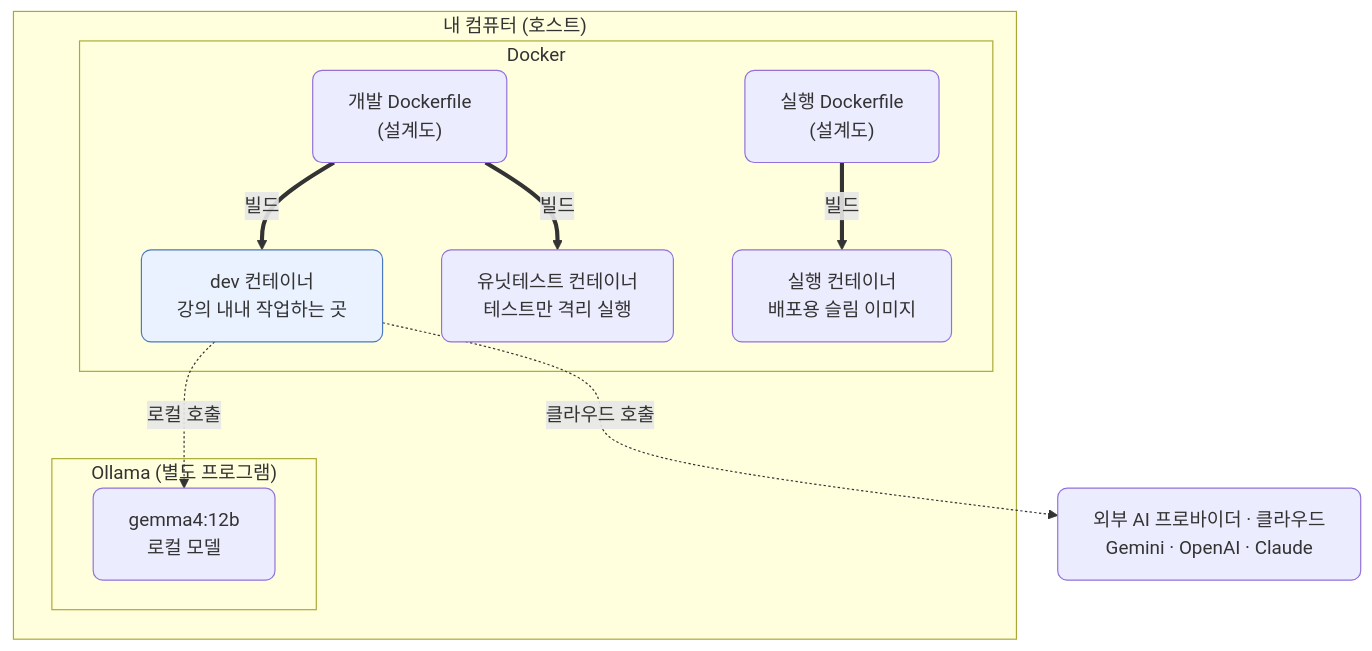
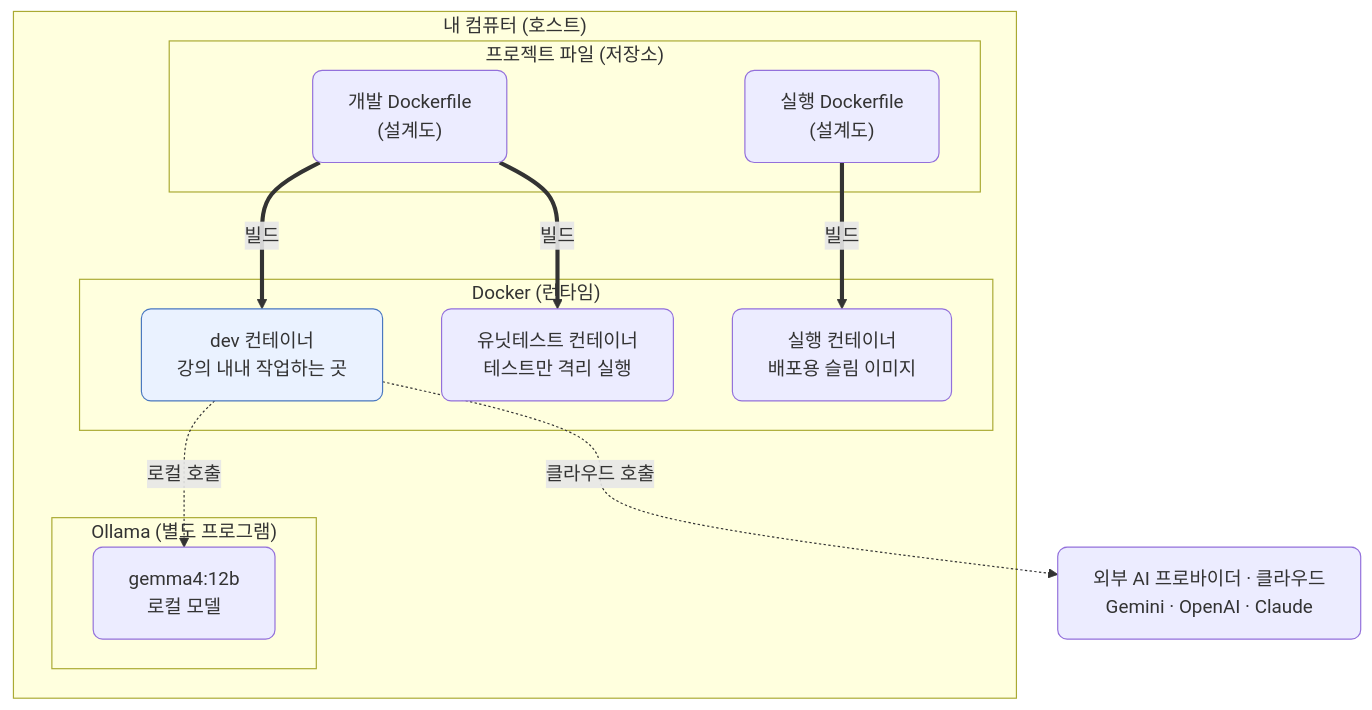
The first of 3 diagrams in docs/section1/lec01/README.md (CodeCompose7/ai_service_engineering), drawn with Mermaid before and after one commit. The commit also changed other lines of this file, not shown here.

First line of the commit message:
lec01 그림에서 Dockerfile을 Docker 밖(프로젝트 파일)으로 분리

````diff
--- a/docs/section1/lec01/README.md
+++ b/docs/section1/lec01/README.md
@@ -14,26 +14,29 @@
 ```mermaid
 flowchart TB
   subgraph COMP["내 컴퓨터 (호스트)"]
-    subgraph DOCKER["Docker"]
+    subgraph REPO["프로젝트 파일 (저장소)"]
       DF1["개발 Dockerfile<br/>(설계도)"]
       DF2["실행 Dockerfile<br/>(설계도)"]
+    end
+    subgraph DOCKER["Docker (런타임)"]
       DEV["dev 컨테이너<br/>강의 내내 작업하는 곳"]
       TEST["유닛테스트 컨테이너<br/>테스트만 격리 실행"]
       RUN["실행 컨테이너<br/>배포용 슬림 이미지"]
-      DF1 ==>|"빌드"| DEV
-      DF1 ==>|"빌드"| TEST
-      DF2 ==>|"빌드"| RUN
     end
     subgraph OLLAMA["Ollama (별도 프로그램)"]
       MODEL["gemma4:12b<br/>로컬 모델"]
     end
   end
   EXT["외부 AI 프로바이더 · 클라우드<br/>Gemini · OpenAI · Claude"]
+
+  DF1 ==>|"빌드"| DEV
+  DF1 ==>|"빌드"| TEST
+  DF2 ==>|"빌드"| RUN
 
   DEV -.->|"로컬 호출"| MODEL
   DEV -.->|"클라우드 호출"| EXT
 
   classDef default rx:8,ry:8;
   classDef work fill:#eaf2ff,stroke:#4a78c0;
   class DEV work;
 ```
````
